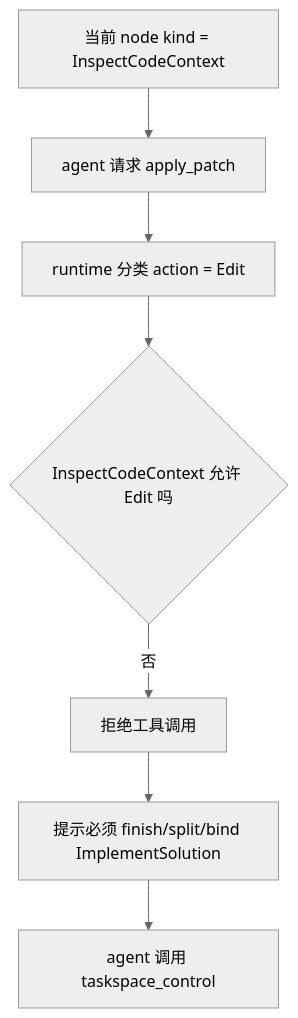
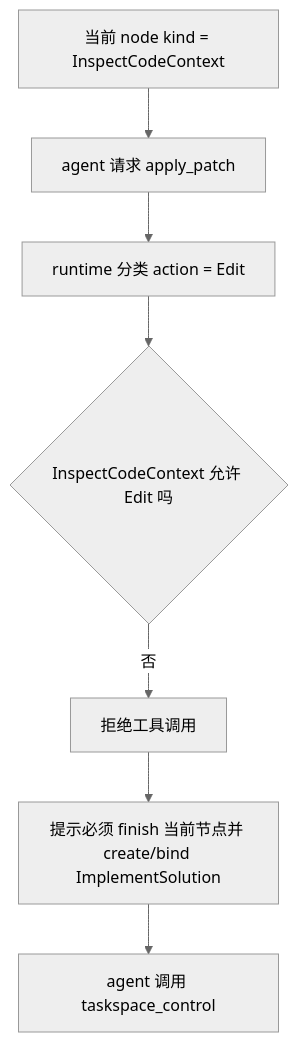
Before and after one commit to ceasarXuu/WhaleCode: the third of 5 diagrams in docs/plans/2026-05-28-map-driven-runtime-control-plane-design.md, drawn with Mermaid (neutral theme). The commit also changed other lines of this file, not shown here.

````diff
--- a/docs/plans/2026-05-28-map-driven-runtime-control-plane-design.md
+++ b/docs/plans/2026-05-28-map-driven-runtime-control-plane-design.md
@@ -456,9 +425,9 @@
 ```mermaid
 flowchart TD
   A["当前 node kind = InspectCodeContext"] --> B["agent 请求 apply_patch"]
   B --> C["runtime 分类 action = Edit"]
   C --> D{"InspectCodeContext 允许 Edit 吗"}
   D -->|"否"| E["拒绝工具调用"]
-  E --> F["提示必须 finish/split/bind ImplementSolution"]
+  E --> F["提示必须 finish 当前节点并 create/bind ImplementSolution"]
   F --> G["agent 调用 taskspace_control"]
 ```
````
